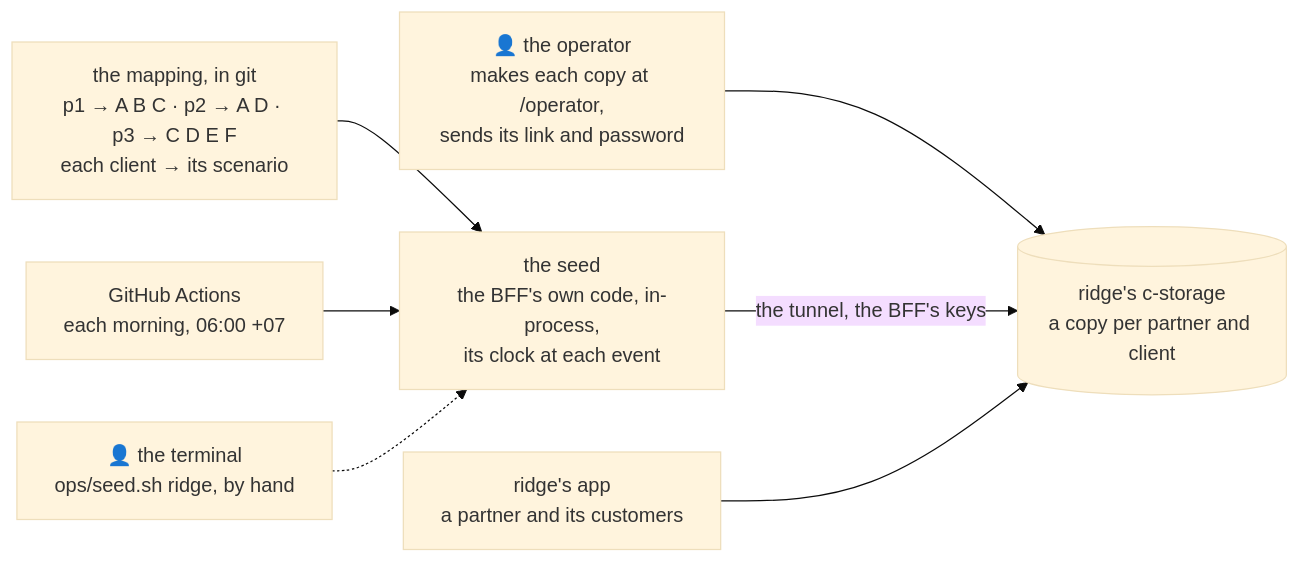
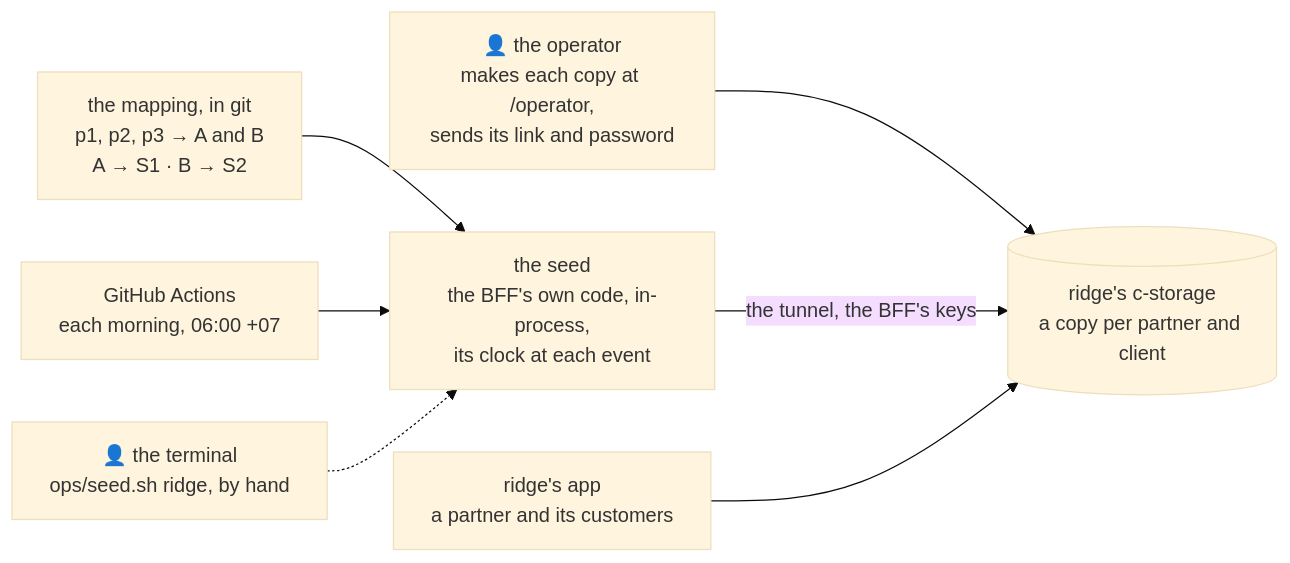
One commit to ancJ29/credo changed the diagram in docs/plans/2026-10-29-demo-seed.md. Above: the diagram before and after it, drawn with Mermaid (base theme). The commit also changed other lines of this file, not shown here.

````diff
--- a/docs/plans/2026-10-29-demo-seed.md
+++ b/docs/plans/2026-10-29-demo-seed.md
@@ -21,16 +31,16 @@
 ```mermaid
 flowchart LR
-  map["the mapping, in git<br/>p1 → A B C · p2 → A D · p3 → C D E F<br/>each client → its scenario"]
+  map["the mapping, in git<br/>p1, p2, p3 → A and B<br/>A → S1 · B → S2"]
   op["👤 the operator<br/>makes each copy at /operator,<br/>sends its link and password"]
   gh["GitHub Actions<br/>each morning, 06:00 +07"]
   term["👤 the terminal<br/>ops/seed.sh ridge, by hand"]
   seed["the seed<br/>the BFF's own code, in-process,<br/>its clock at each event"]
   cs[("ridge's c-storage<br/>a copy per partner and client")]
   app["ridge's app<br/>a partner and its customers"]
   map --> seed
   gh --> seed
   term -.-> seed
   op --> cs
   seed -- "the tunnel, the BFF's keys" --> cs
   app --> cs
 ```
````
